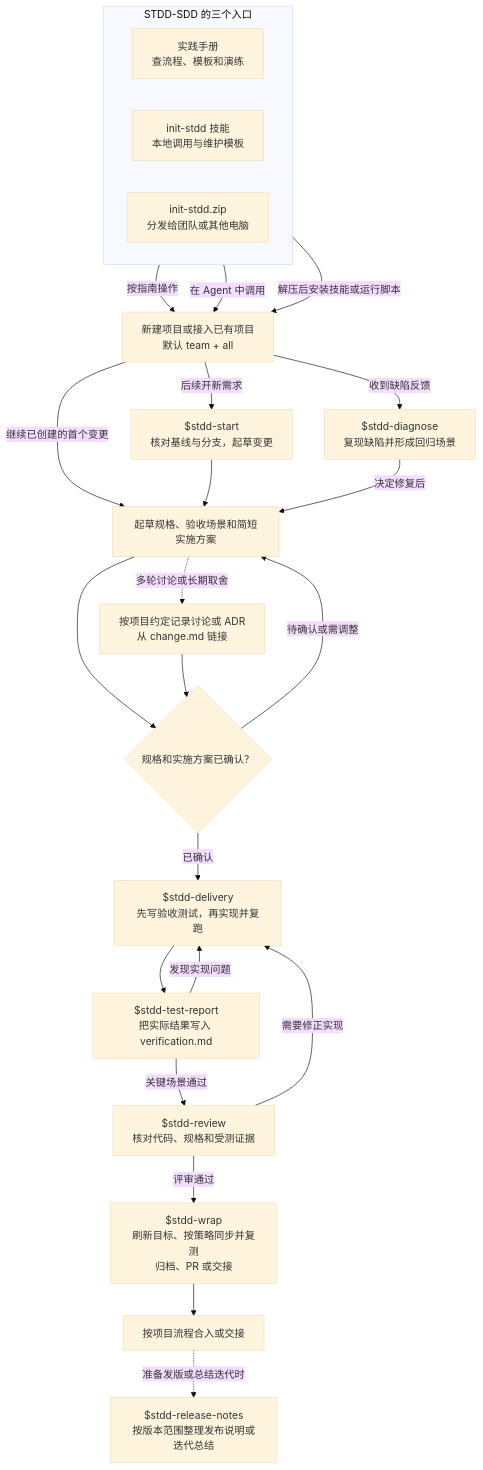
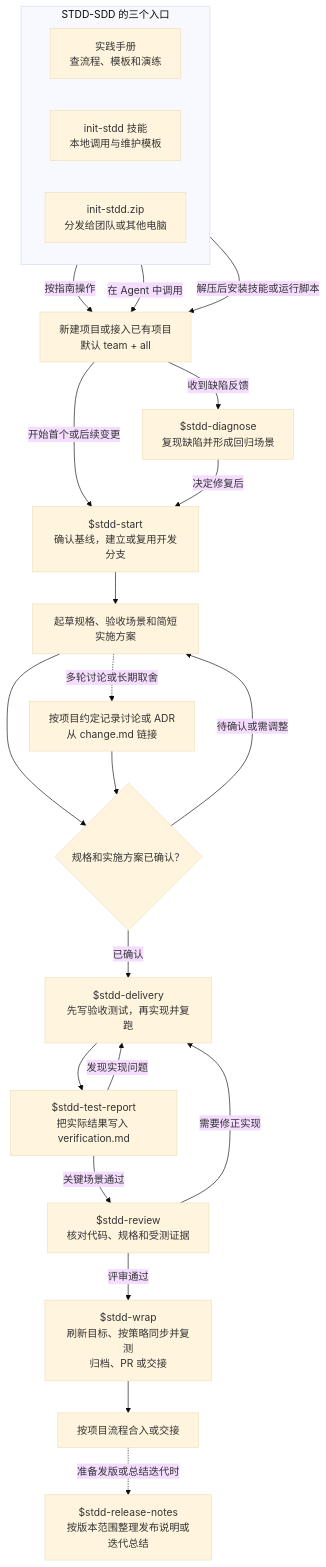
Before and after one commit to zhgqwx-del/stdd-sdd: the diagram in STDD-SDD/.agents/skills/init-stdd/references/usage.md, drawn with Mermaid (base theme). The commit also changed other lines of this file and 11 other files, not shown here.

Commit message:
Start new STDD features from the confirmed trunk

````diff
--- a/STDD-SDD/.agents/skills/init-stdd/references/usage.md
+++ b/STDD-SDD/.agents/skills/init-stdd/references/usage.md
@@ -70,43 +70,42 @@
 ```mermaid
 flowchart TD
     subgraph Entries["STDD-SDD 的三个入口"]
         direction LR
         Manual["实践手册<br/>查流程、模板和演练"]
         Skill["init-stdd 技能<br/>本地调用与维护模板"]
         Package["init-stdd.zip<br/>分发给团队或其他电脑"]
     end
 
     Init["新建项目或接入已有项目<br/>默认 team + all"]
-    Start["$stdd-start<br/>核对基线与分支，起草变更"]
+    Start["$stdd-start<br/>确认基线，建立或复用开发分支"]
     Diagnose["$stdd-diagnose<br/>复现缺陷并形成回归场景"]
     Spec["起草规格、验收场景和简短实施方案"]
     Records["按项目约定记录讨论或 ADR<br/>从 change.md 链接"]
     Confirm{"规格和实施方案已确认？"}
     Delivery["$stdd-delivery<br/>先写验收测试，再实现并复跑"]
     Report["$stdd-test-report<br/>把实际结果写入 verification.md"]
     Review["$stdd-review<br/>核对代码、规格和受测证据"]
     Wrap["$stdd-wrap<br/>刷新目标、按策略同步并复测<br/>归档、PR 或交接"]
     Done["按项目流程合入或交接"]
     Release["$stdd-release-notes<br/>按版本范围整理发布说明或迭代总结"]
 
     Manual -->|按指南操作| Init
     Skill -->|在 Agent 中调用| Init
     Package -->|解压后安装技能或运行脚本| Init
-    Init -->|继续已创建的首个变更| Spec
-    Init -->|后续开新需求| Start
+    Init -->|开始首个或后续变更| Start
     Init -->|收到缺陷反馈| Diagnose
     Start --> Spec
-    Diagnose -->|决定修复后| Spec
+    Diagnose -->|决定修复后| Start
     Spec --> Confirm
     Spec -.->|多轮讨论或长期取舍| Records
     Records --> Confirm
     Confirm -->|已确认| Delivery
     Confirm -->|待确认或需调整| Spec
     Delivery --> Report
     Report -->|关键场景通过| Review
     Report -->|发现实现问题| Delivery
     Review -->|需要修正实现| Delivery
     Review -->|评审通过| Wrap
     Wrap --> Done
     Done -.->|准备发版或总结迭代时| Release
 ```
````
